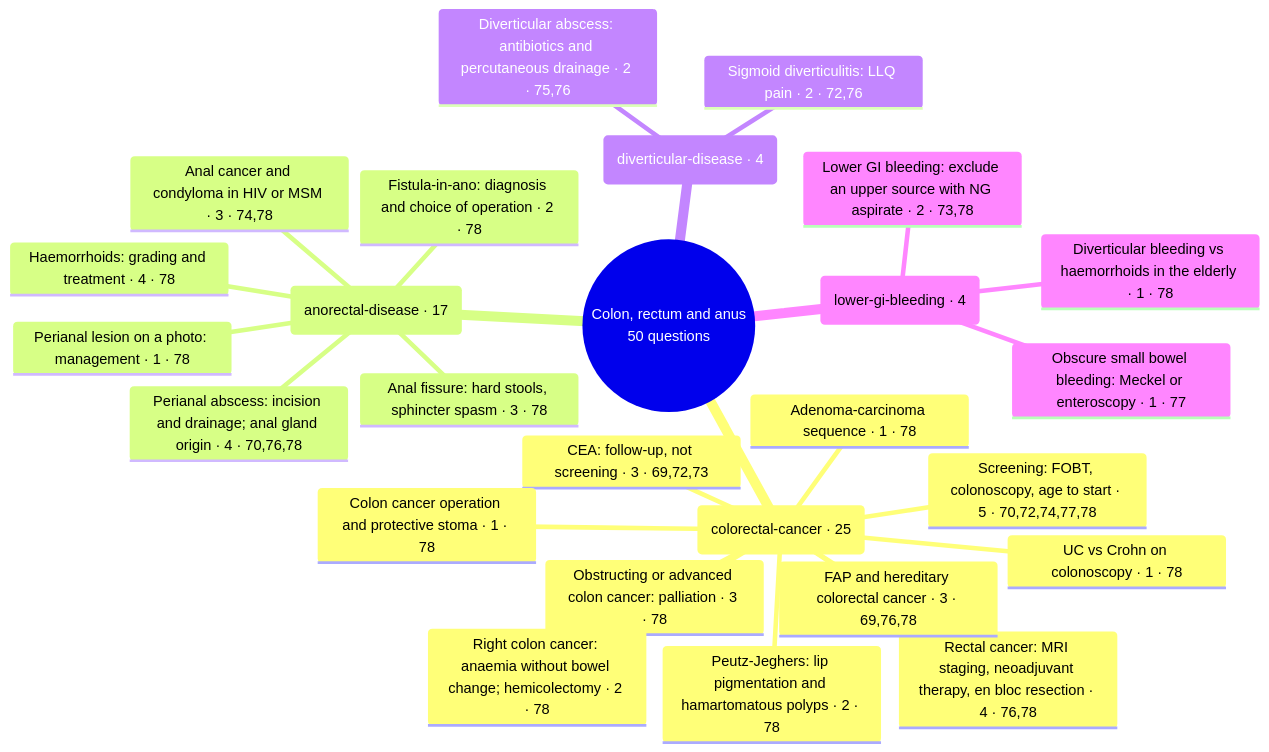
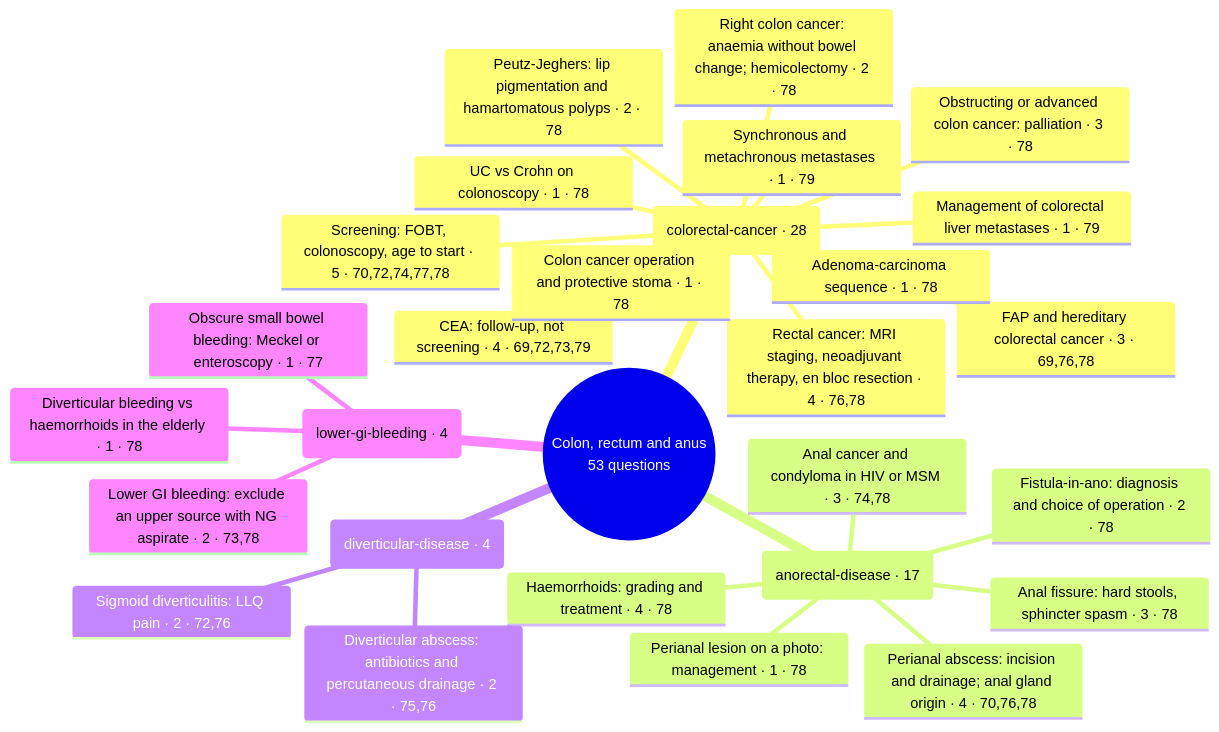
Before and after one commit to playerplayrh/surgery-year-4: the diagram in exam-map/mind-maps/colon-rectum-and-anus.md, drawn with Mermaid. The commit also changed other lines of this file and 20 other files, not shown here.

````diff
--- a/exam-map/mind-maps/colon-rectum-and-anus.md
+++ b/exam-map/mind-maps/colon-rectum-and-anus.md
@@ -14,29 +14,31 @@
 ```mermaid
 mindmap
-  root((Colon, rectum and anus<br>50 questions))
-    (colorectal-cancer · 25)
+  root((Colon, rectum and anus<br>53 questions))
+    (colorectal-cancer · 28)
       Screening: FOBT, colonoscopy, age to start · 5 · 70,72,74,77,78
+      CEA: follow-up, not screening · 4 · 69,72,73,79
       Rectal cancer: MRI staging, neoadjuvant therapy, en bloc resection · 4 · 76,78
-      CEA: follow-up, not screening · 3 · 69,72,73
       FAP and hereditary colorectal cancer · 3 · 69,76,78
       Obstructing or advanced colon cancer: palliation · 3 · 78
       Peutz-Jeghers: lip pigmentation and hamartomatous polyps · 2 · 78
       Right colon cancer: anaemia without bowel change; hemicolectomy · 2 · 78
       Adenoma-carcinoma sequence · 1 · 78
       Colon cancer operation and protective stoma · 1 · 78
+      Management of colorectal liver metastases · 1 · 79
+      Synchronous and metachronous metastases · 1 · 79
       UC vs Crohn on colonoscopy · 1 · 78
     (anorectal-disease · 17)
       Haemorrhoids: grading and treatment · 4 · 78
       Perianal abscess: incision and drainage; anal gland origin · 4 · 70,76,78
       Anal cancer and condyloma in HIV or MSM · 3 · 74,78
       Anal fissure: hard stools, sphincter spasm · 3 · 78
       Fistula-in-ano: diagnosis and choice of operation · 2 · 78
       Perianal lesion on a photo: management · 1 · 78
     (diverticular-disease · 4)
       Diverticular abscess: antibiotics and percutaneous drainage · 2 · 75,76
       Sigmoid diverticulitis: LLQ pain · 2 · 72,76
     (lower-gi-bleeding · 4)
       Lower GI bleeding: exclude an upper source with NG aspirate · 2 · 73,78
       Diverticular bleeding vs haemorrhoids in the elderly · 1 · 78
       Obscure small bowel bleeding: Meckel or enteroscopy · 1 · 77
 ```
````
